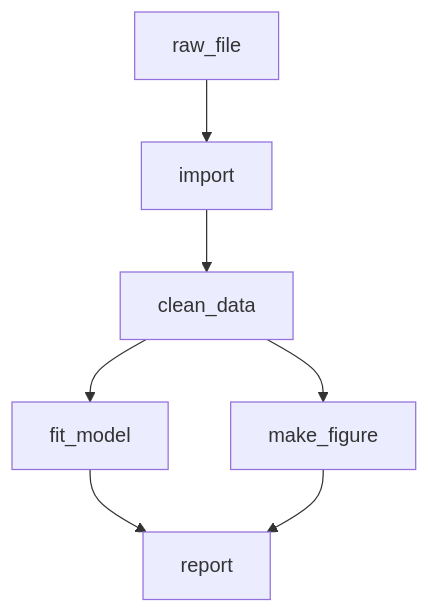
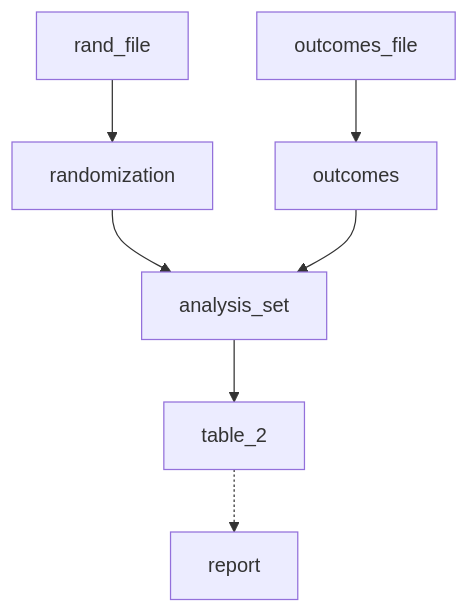
One commit to rgt47/practicum changed the diagram in analysis/report/10b-targets.qmd. Above: the diagram before and after it, drawn with Mermaid. The commit also changed other lines of this file and 57 other files, not shown here.

````diff
--- a/analysis/report/10b-targets.qmd
+++ b/analysis/report/10b-targets.qmd
@@ -131,21 +140,24 @@
 ```{mermaid}
 %%| echo: false
 %%| label: fig-targets-dag
-%%| fig-alt: "Directed acyclic graph of a small pipeline. A raw file
-%%|   feeds an import step, which feeds clean_data. From clean_data
-%%|   the graph splits to fit_model and make_figure, and both of
-%%|   those feed the report node. Editing clean_data therefore makes
-%%|   everything downstream of it stale while leaving the import
-%%|   untouched."
-%%| fig-cap: "The dependency graph of a small analysis pipeline.
-%%|   Editing `clean_data` makes the model, the figure, and the report
-%%|   stale, but leaves the raw-data import untouched; targets rebuilds
-%%|   exactly the stale nodes and no others."
+%%| fig-alt: "Directed acyclic graph of the HF-HOME pipeline. Two
+%%|   file targets, rand_file and outcomes_file, feed the targets
+%%|   randomization and outcomes. Both feed analysis_set, which
+%%|   feeds table_2. A dashed arrow from table_2 to report marks the
+%%|   report target added later in the chapter. Editing the
+%%|   function behind analysis_set makes analysis_set, table_2, and
+%%|   report stale and leaves the four targets above it untouched."
+%%| fig-cap: "The dependency graph of the chapter's pipeline, with
+%%|   each node named after its target. Editing the function behind
+%%|   `analysis_set` makes `analysis_set`, `table_2`, and `report`
+%%|   stale and leaves the four targets above it alone; `targets`
+%%|   rebuilds exactly the stale nodes. The dashed `report` target
+%%|   is added in @sec-targets-report."
 flowchart TD
-  R["raw_file"] --> I["import"]
-  I --> C["clean_data"]
-  C --> M["fit_model"]
-  C --> F["make_figure"]
-  M --> Rep["report"]
-  F --> Rep
+  RF["rand_file"] --> RA["randomization"]
+  OF["outcomes_file"] --> OU["outcomes"]
+  RA --> AS["analysis_set"]
+  OU --> AS
+  AS --> T2["table_2"]
+  T2 -.-> REP["report"]
 ```
````
